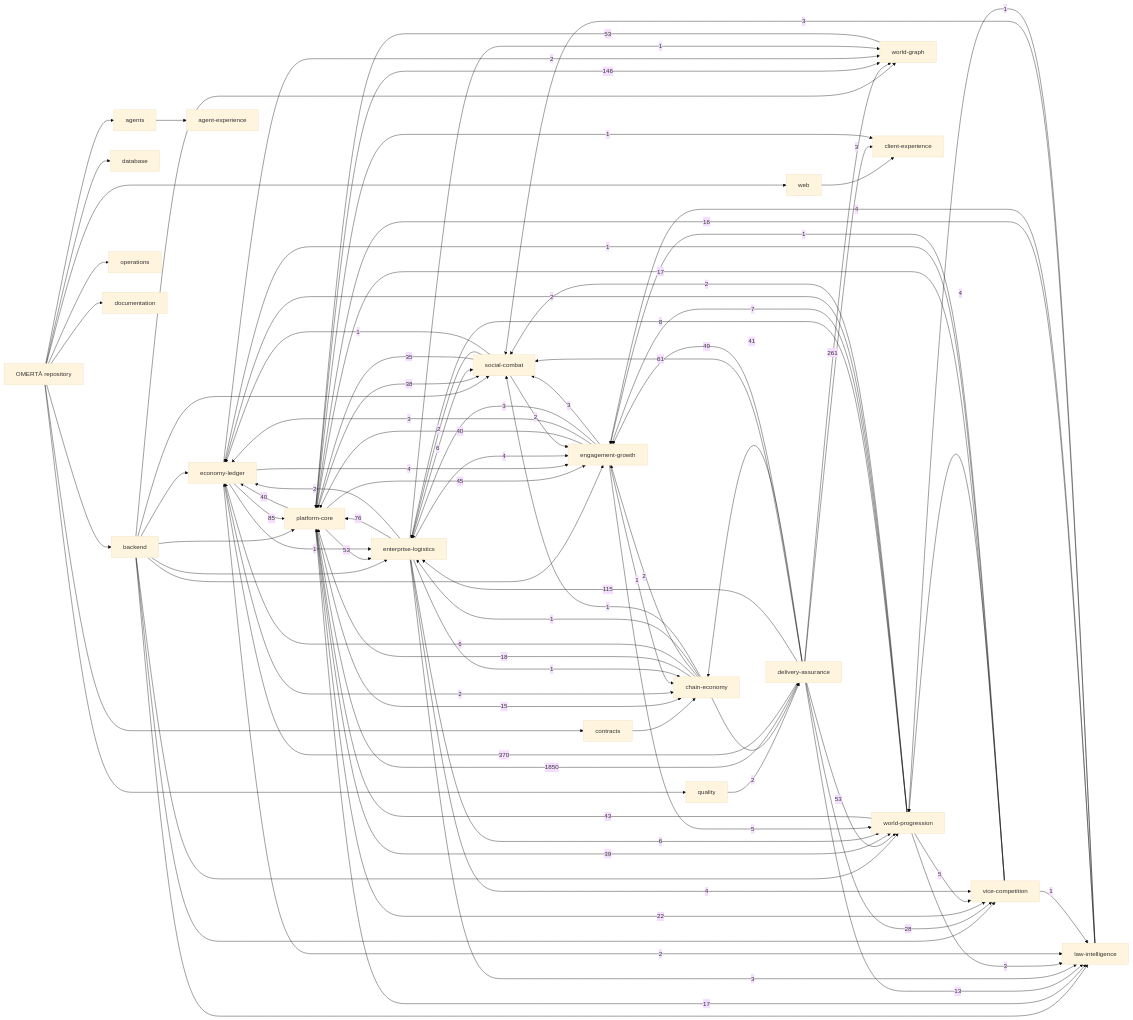
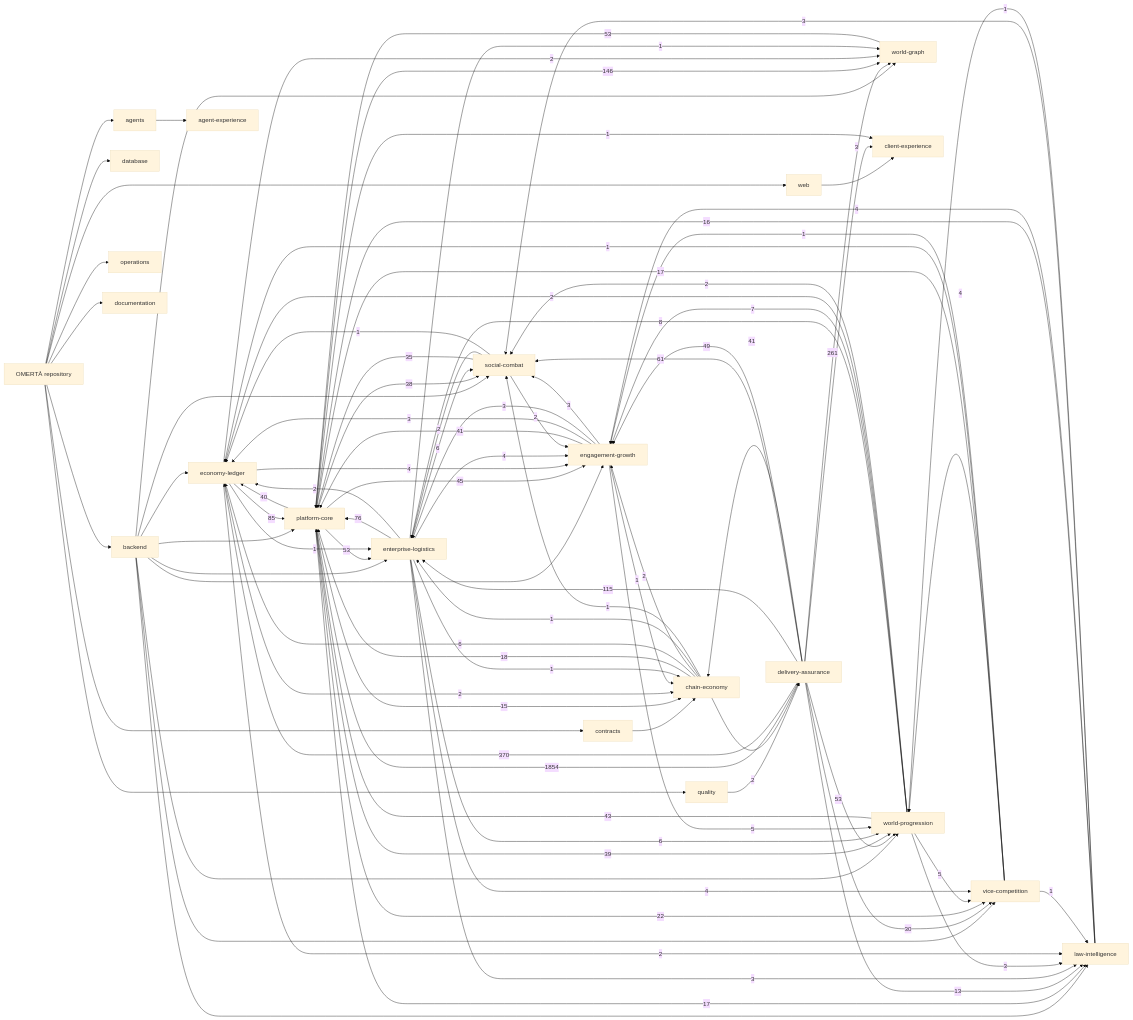
The diagram in knowledge/generated/graph.mmd (OmertaDev/Omerta), drawn with Mermaid (base theme) before and after one commit. The commit also changed 6 other files, not shown here.

```diff
--- a/knowledge/generated/graph.mmd
+++ b/knowledge/generated/graph.mmd
@@ -1,113 +1,113 @@
 flowchart LR
   repo["OMERTÀ repository"]
   sub_backend["backend"]
   repo --> sub_backend
   sub_database["database"]
   repo --> sub_database
   sub_web["web"]
   repo --> sub_web
   sub_contracts["contracts"]
   repo --> sub_contracts
   sub_agents["agents"]
   repo --> sub_agents
   sub_quality["quality"]
   repo --> sub_quality
   sub_operations["operations"]
   repo --> sub_operations
   sub_documentation["documentation"]
   repo --> sub_documentation
   dom_platform-core["platform-core"]
   dom_economy-ledger["economy-ledger"]
   dom_social-combat["social-combat"]
   dom_world-progression["world-progression"]
   dom_world-graph["world-graph"]
   dom_enterprise-logistics["enterprise-logistics"]
   dom_vice-competition["vice-competition"]
   dom_law-intelligence["law-intelligence"]
   dom_chain-economy["chain-economy"]
   dom_engagement-growth["engagement-growth"]
   dom_client-experience["client-experience"]
   dom_agent-experience["agent-experience"]
   dom_delivery-assurance["delivery-assurance"]
   sub_agents --> dom_agent-experience
   sub_backend --> dom_economy-ledger
   sub_backend --> dom_engagement-growth
   sub_backend --> dom_enterprise-logistics
   sub_backend --> dom_law-intelligence
   sub_backend --> dom_platform-core
   sub_backend --> dom_social-combat
   sub_backend --> dom_vice-competition
   sub_backend --> dom_world-graph
   sub_backend --> dom_world-progression
   sub_contracts --> dom_chain-economy
   sub_quality --> dom_delivery-assurance
   sub_web --> dom_client-experience
-  dom_delivery-assurance -->|1850| dom_platform-core
+  dom_delivery-assurance -->|1854| dom_platform-core
   dom_delivery-assurance -->|370| dom_economy-ledger
   dom_delivery-assurance -->|261| dom_world-graph
   dom_platform-core -->|146| dom_world-graph
   dom_delivery-assurance -->|115| dom_enterprise-logistics
   dom_economy-ledger -->|85| dom_platform-core
   dom_enterprise-logistics -->|76| dom_platform-core
   dom_delivery-assurance -->|61| dom_social-combat
   dom_delivery-assurance -->|53| dom_world-progression
   dom_platform-core -->|53| dom_enterprise-logistics
   dom_world-graph -->|53| dom_platform-core
   dom_delivery-assurance -->|49| dom_engagement-growth
   dom_platform-core -->|45| dom_engagement-growth
   dom_world-progression -->|43| dom_platform-core
   dom_delivery-assurance -->|41| dom_chain-economy
-  dom_engagement-growth -->|40| dom_platform-core
+  dom_engagement-growth -->|41| dom_platform-core
   dom_platform-core -->|40| dom_economy-ledger
   dom_platform-core -->|39| dom_world-progression
   dom_platform-core -->|38| dom_social-combat
   dom_social-combat -->|35| dom_platform-core
-  dom_delivery-assurance -->|28| dom_vice-competition
+  dom_delivery-assurance -->|30| dom_vice-competition
   dom_platform-core -->|22| dom_vice-competition
   dom_chain-economy -->|18| dom_platform-core
   dom_platform-core -->|17| dom_law-intelligence
   dom_vice-competition -->|17| dom_platform-core
   dom_law-intelligence -->|16| dom_platform-core
   dom_platform-core -->|15| dom_chain-economy
   dom_delivery-assurance -->|13| dom_law-intelligence
   dom_world-progression -->|8| dom_enterprise-logistics
   dom_world-progression -->|7| dom_engagement-growth
   dom_chain-economy -->|6| dom_economy-ledger
   dom_enterprise-logistics -->|6| dom_social-combat
   dom_enterprise-logistics -->|6| dom_world-progression
   dom_engagement-growth -->|5| dom_world-progression
   dom_world-progression -->|5| dom_vice-competition
   dom_economy-ledger -->|4| dom_engagement-growth
   dom_enterprise-logistics -->|4| dom_engagement-growth
   dom_enterprise-logistics -->|4| dom_vice-competition
   dom_law-intelligence -->|4| dom_engagement-growth
   dom_vice-competition -->|4| dom_world-progression
   dom_delivery-assurance -->|3| dom_client-experience
   dom_engagement-growth -->|3| dom_economy-ledger
   dom_engagement-growth -->|3| dom_enterprise-logistics
   dom_engagement-growth -->|3| dom_social-combat
   dom_enterprise-logistics -->|3| dom_law-intelligence
   dom_law-intelligence -->|3| dom_social-combat
   dom_world-progression -->|3| dom_law-intelligence
   dom_chain-economy -->|2| dom_delivery-assurance
   dom_chain-economy -->|2| dom_engagement-growth
   dom_economy-ledger -->|2| dom_chain-economy
   dom_economy-ledger -->|2| dom_law-intelligence
   dom_economy-ledger -->|2| dom_world-graph
   dom_enterprise-logistics -->|2| dom_economy-ledger
   dom_social-combat -->|2| dom_engagement-growth
   dom_social-combat -->|2| dom_enterprise-logistics
   dom_world-progression -->|2| dom_economy-ledger
   dom_world-progression -->|2| dom_social-combat
   dom_chain-economy -->|1| dom_enterprise-logistics
   dom_chain-economy -->|1| dom_social-combat
   dom_economy-ledger -->|1| dom_enterprise-logistics
   dom_engagement-growth -->|1| dom_chain-economy
   dom_enterprise-logistics -->|1| dom_chain-economy
   dom_enterprise-logistics -->|1| dom_world-graph
   dom_law-intelligence -->|1| dom_world-progression
   dom_platform-core -->|1| dom_client-experience
   dom_social-combat -->|1| dom_economy-ledger
   dom_vice-competition -->|1| dom_economy-ledger
   dom_vice-competition -->|1| dom_engagement-growth
   dom_vice-competition -->|1| dom_law-intelligence
```
